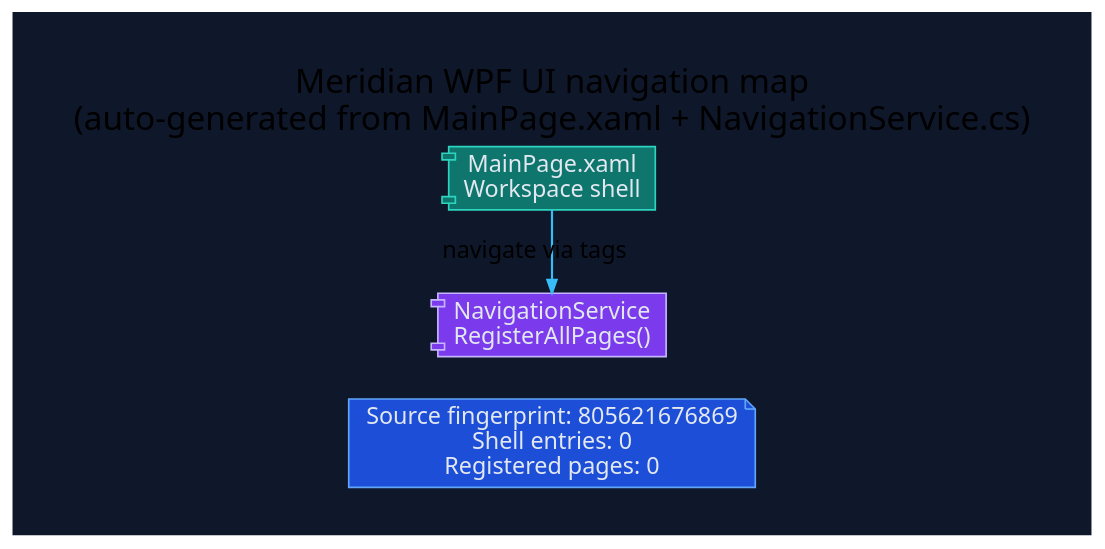
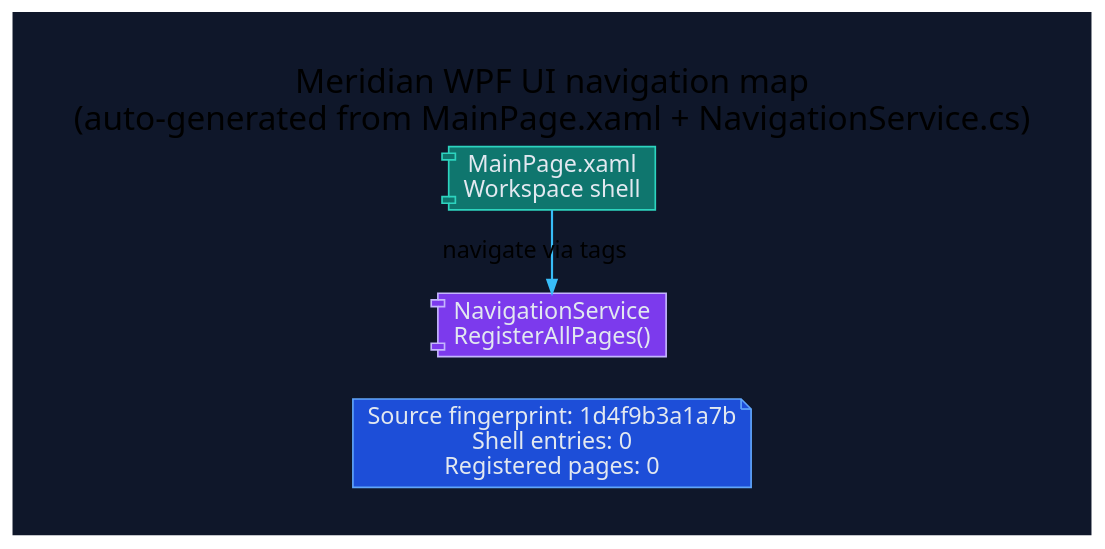
One commit to rodoHasArrived/Meridian-main changed the diagram in docs/diagrams/ui-navigation-map.dot. Above: the diagram before and after it, drawn with Graphviz. The commit also changed 5 other files, not shown here.

Commit message:
docs(diagrams): regenerate diagram artifacts from sources

```diff
--- a/docs/diagrams/ui-navigation-map.dot
+++ b/docs/diagrams/ui-navigation-map.dot
@@ -1,27 +1,27 @@
 // -----------------------------------------------------------------------------
 // <auto-generated>
 // Generated by scripts/generate-diagrams.mjs.
 // Do not edit this file directly; update the WPF source files instead.
 // -----------------------------------------------------------------------------
 digraph UiNavigationMap {
   graph [
     rankdir=LR,
     labelloc=t,
     label="Meridian WPF UI navigation map\n(auto-generated from MainPage.xaml + NavigationService.cs)",
     fontname="Segoe UI",
     fontsize=20,
     pad=0.4,
     nodesep=0.35,
     ranksep=1.0,
     bgcolor="#0f172a"
   ];
   node [fontname="Segoe UI", shape=box, style="rounded,filled", color="#475569", fontcolor="#e2e8f0", fillcolor="#1e293b"];
   edge [fontname="Segoe UI", color="#94a3b8", penwidth=1.3, arrowsize=0.8];
 
-  generated [shape=note, fillcolor="#1d4ed8", color="#60a5fa", label="Source fingerprint: 805621676869\nShell entries: 0\nRegistered pages: 0"];
+  generated [shape=note, fillcolor="#1d4ed8", color="#60a5fa", label="Source fingerprint: 1d4f9b3a1a7b\nShell entries: 0\nRegistered pages: 0"];
   shell [shape=component, fillcolor="#0f766e", color="#2dd4bf", label="MainPage.xaml\nWorkspace shell"];
   navigation [shape=component, fillcolor="#7c3aed", color="#c4b5fd", label="NavigationService\nRegisterAllPages()"];
   shell -> navigation [label="navigate via tags", color="#38bdf8"];
 
   { rank=min; generated; shell; navigation; }
 }
```
